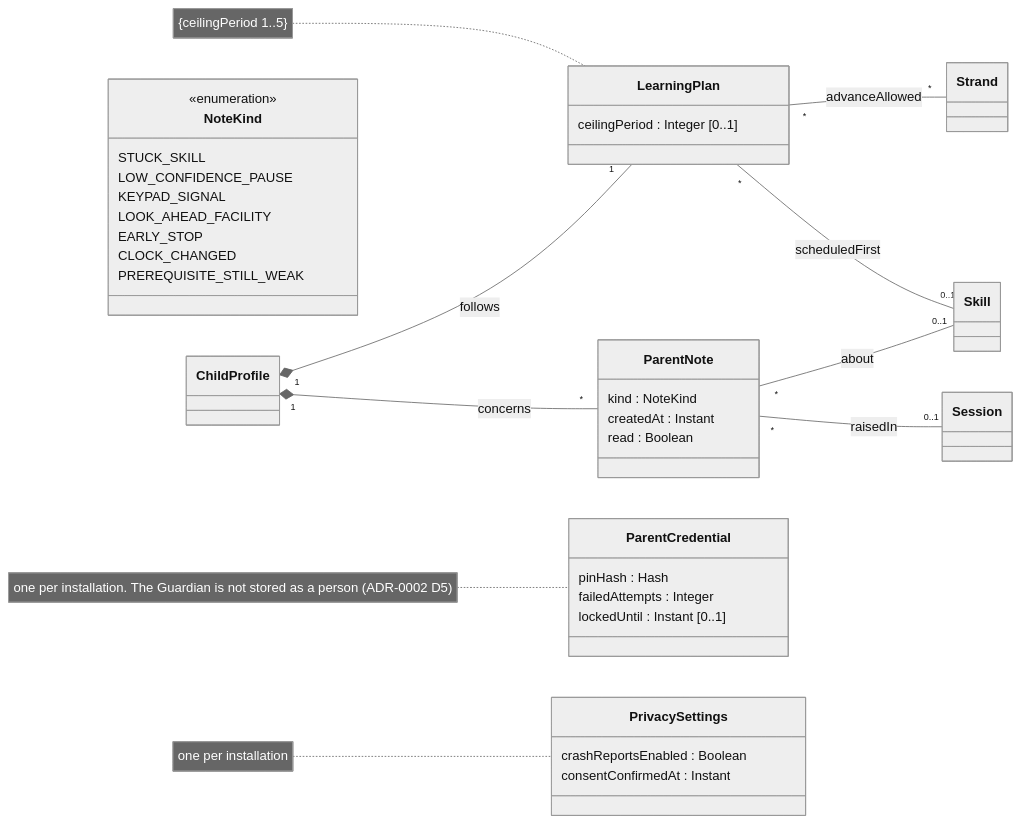
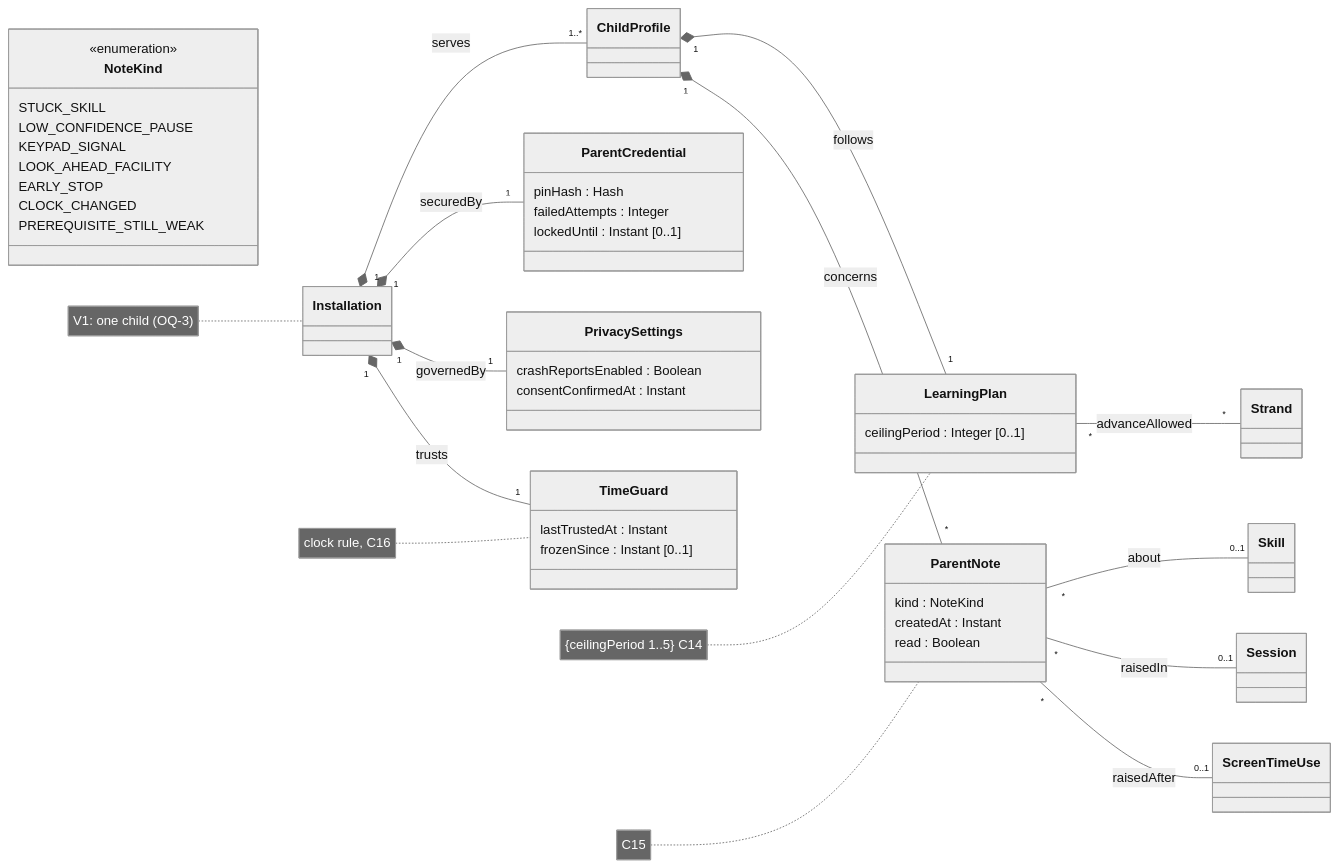
One commit to benoit-bremaud/learn-to-earn changed the fifth of 5 diagrams in docs/architecture/diagrams/domain/01-class-domain-model.md. Above: the diagram before and after it, drawn with Mermaid (neutral theme). The commit also changed other lines of this file and 5 other files, not shown here.

Commit message:
docs(architecture): rework domain model after adversarial review (ADR-0002 D2, D7-D10)

````diff
--- a/docs/architecture/diagrams/domain/01-class-domain-model.md
+++ b/docs/architecture/diagrams/domain/01-class-domain-model.md
@@ -229,44 +261,55 @@
 ```mermaid
 classDiagram
   direction LR
+  class Installation
   class ChildProfile
   class Session
   class Skill
   class Strand
+  class ScreenTimeUse
   class LearningPlan {
     ceilingPeriod : Integer [0..1]
   }
   class ParentNote {
     kind : NoteKind
     createdAt : Instant
     read : Boolean
   }
   class ParentCredential {
     pinHash : Hash
     failedAttempts : Integer
     lockedUntil : Instant [0..1]
   }
   class PrivacySettings {
     crashReportsEnabled : Boolean
     consentConfirmedAt : Instant
   }
+  class TimeGuard {
+    lastTrustedAt : Instant
+    frozenSince : Instant [0..1]
+  }
   class NoteKind {
     <<enumeration>>
     STUCK_SKILL
     LOW_CONFIDENCE_PAUSE
     KEYPAD_SIGNAL
     LOOK_AHEAD_FACILITY
     EARLY_STOP
     CLOCK_CHANGED
     PREREQUISITE_STILL_WEAK
   }
+  Installation "1" *-- "1..*" ChildProfile : serves
+  Installation "1" *-- "1" ParentCredential : securedBy
+  Installation "1" *-- "1" PrivacySettings : governedBy
+  Installation "1" *-- "1" TimeGuard : trusts
   ChildProfile "1" *-- "1" LearningPlan : follows
   LearningPlan "*" -- "*" Strand : advanceAllowed
-  LearningPlan "*" -- "0..1" Skill : scheduledFirst
   ChildProfile "1" *-- "*" ParentNote : concerns
   ParentNote "*" -- "0..1" Skill : about
   ParentNote "*" -- "0..1" Session : raisedIn
-  note for LearningPlan "{ceilingPeriod 1..5}"
-  note for ParentCredential "one per installation. The Guardian is not stored as a person (ADR-0002 D5)"
-  note for PrivacySettings "one per installation"
+  ParentNote "*" -- "0..1" ScreenTimeUse : raisedAfter
+  note for LearningPlan "{ceilingPeriod 1..5} C14"
+  note for ParentNote "C15"
+  note for TimeGuard "clock rule, C16"
+  note for Installation "V1: one child (OQ-3)"
 ```
````
